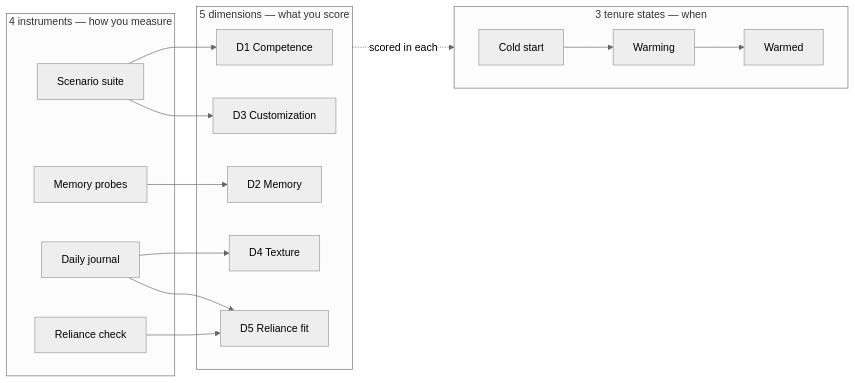
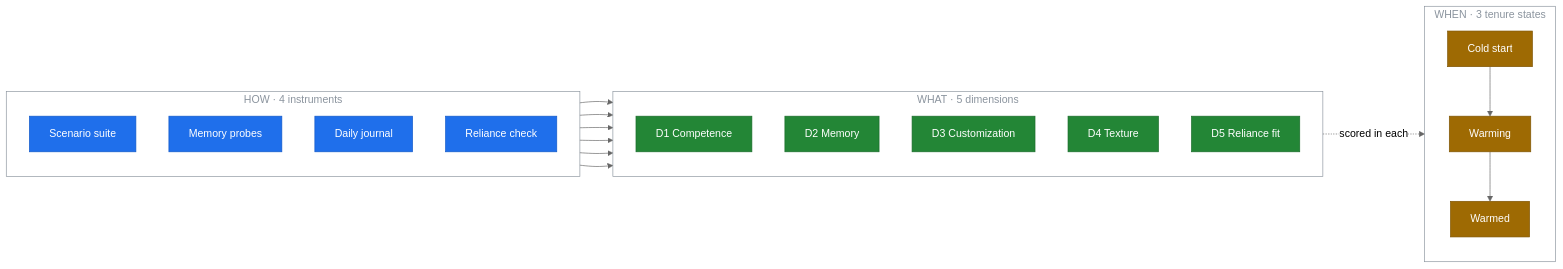
The diagram in README.md (n3wth/agent-eval), drawn with Mermaid (neutral theme) before and after one commit.

Commit message:
Style README mermaid: flat color-coded groups, sans font
- HOW/WHAT/WHEN groups color-coded (blue/green/amber, white text) for
  legibility on light and dark; transparent subgraphs, flat fills
- System sans font-family via init directive

````diff
--- a/README.md
+++ b/README.md
@@ -20,28 +20,41 @@
 ```mermaid
+%%{init: {"fontFamily": "-apple-system, BlinkMacSystemFont, \"Segoe UI\", Helvetica, Arial, sans-serif"}}%%
 flowchart LR
-    subgraph DIM["5 dimensions — what you score"]
+    subgraph INS["HOW · 4 instruments"]
+        direction TB
+        I1["Scenario suite"]
+        I2["Memory probes"]
+        I3["Daily journal"]
+        I4["Reliance check"]
+    end
+
+    subgraph DIM["WHAT · 5 dimensions"]
+        direction TB
         D1["D1 Competence"]
         D2["D2 Memory"]
         D3["D3 Customization"]
         D4["D4 Texture"]
         D5["D5 Reliance fit"]
     end
 
-    subgraph TEN["3 tenure states — when"]
-        direction LR
+    subgraph TEN["WHEN · 3 tenure states"]
+        direction TB
         C["Cold start"] --> W["Warming"] --> M["Warmed"]
-    end
-
-    subgraph INS["4 instruments — how you measure"]
-        I1["Scenario suite"]
-        I2["Memory probes"]
-        I3["Daily journal"]
-        I4["Reliance check"]
     end
 
     I1 --> D1 & D3
     I2 --> D2
     I3 --> D4 & D5
     I4 --> D5
-    DIM -.scored in each.-> TEN
+    DIM -. "scored in each" .-> TEN
+
+    classDef ins fill:#1f6feb,stroke:#1158c7,color:#fff,stroke-width:1px;
+    classDef dim fill:#238636,stroke:#1a6b2b,color:#fff,stroke-width:1px;
+    classDef ten fill:#9e6a03,stroke:#7d5303,color:#fff,stroke-width:1px;
+    class I1,I2,I3,I4 ins;
+    class D1,D2,D3,D4,D5 dim;
+    class C,W,M ten;
+    style INS fill:transparent,stroke:#8b949e,stroke-width:1px,color:#8b949e;
+    style DIM fill:transparent,stroke:#8b949e,stroke-width:1px,color:#8b949e;
+    style TEN fill:transparent,stroke:#8b949e,stroke-width:1px,color:#8b949e;
 ```
````
